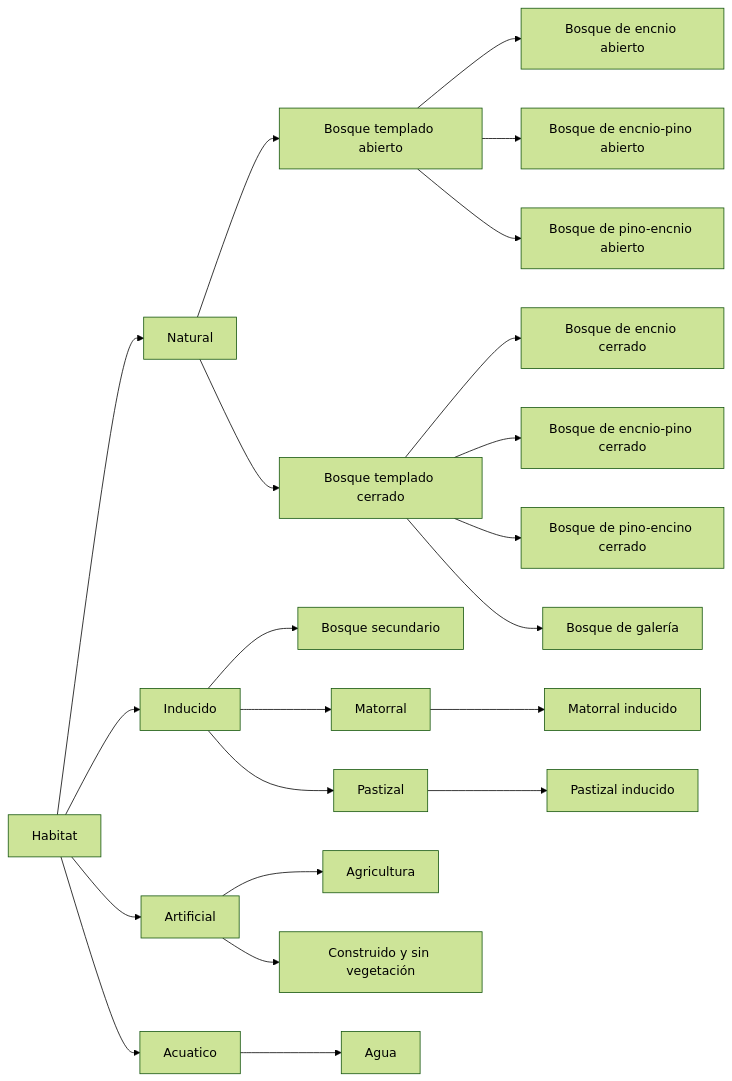
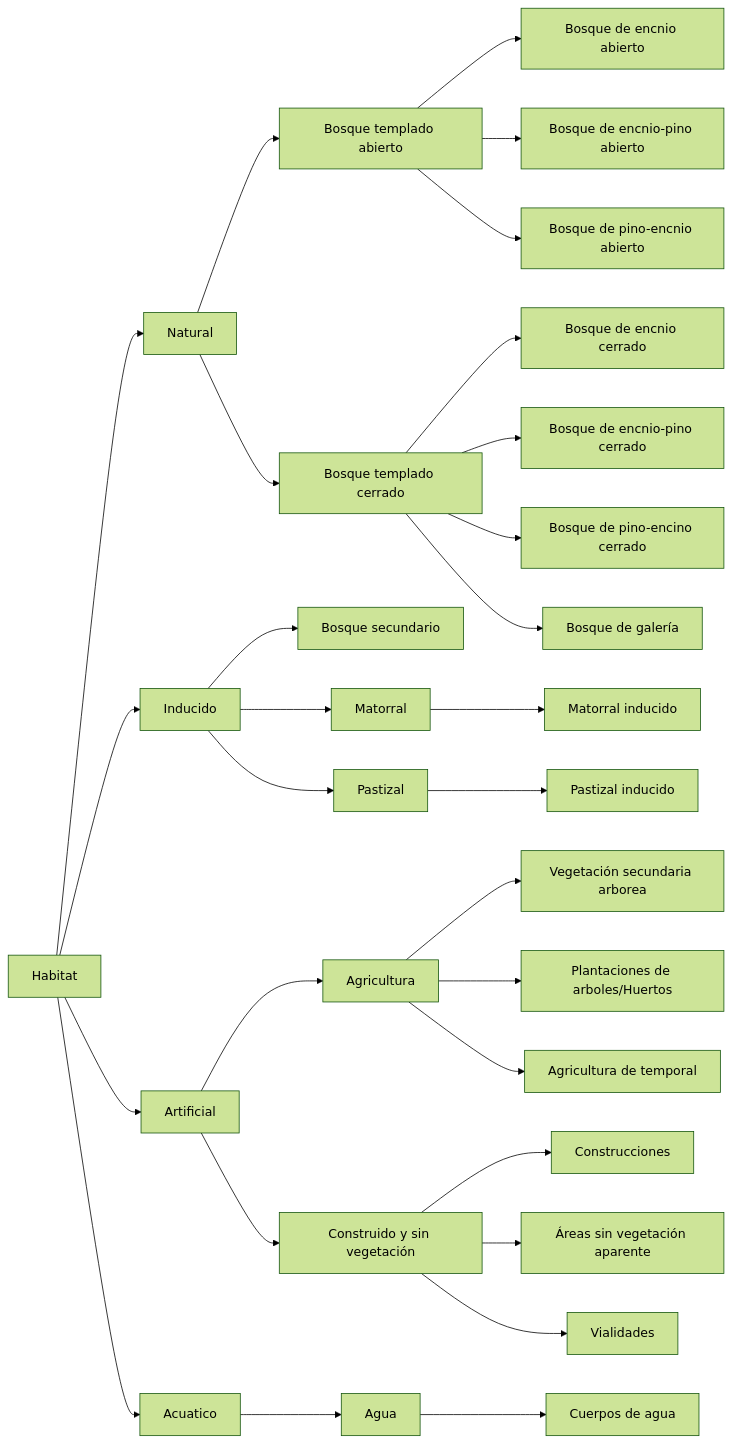
One commit to vshalisko/mixed_GIS_related_scripts changed the diagram in LULC/Tapalpa_land_use.mermaid. Above: the diagram before and after it, drawn with Mermaid (forest theme).

```diff
--- a/LULC/Tapalpa_land_use.mermaid
+++ b/LULC/Tapalpa_land_use.mermaid
@@ -1,22 +1,29 @@
 flowchart LR
   A1[Habitat]-->B1[Natural]
   A1-->B2[Inducido]
   A1-->B3[Artificial]
   A1-->B4[Acuatico]
   B1-->C7[Bosque templado abierto]
   B1-->C8[Bosque templado cerrado]
   B2-->C6[Bosque secundario]
   B2-->C2[Matorral]
   B2-->C1[Pastizal]
   B3-->C3[Agricultura]
   B3-->C4[Construido y sin vegetación]
   B4-->C5[Agua]
   C1-->D1[Pastizal inducido]
   C2-->D2[Matorral inducido]
-  C7-->D3[Bosque de encnio abierto]
-  C8-->D4[Bosque de encnio cerrado]
-  C7-->D5[Bosque de encnio-pino abierto]
-  C8-->D6[Bosque de encnio-pino cerrado]
-  C7-->D7[Bosque de pino-encnio abierto]
-  C8-->D8[Bosque de pino-encino cerrado]
-  C8-->D9[Bosque de galería]
+  C3-->D3[Vegetación secundaria arborea]
+  C3-->D4[Plantaciones de arboles/Huertos]
+  C3-->D5[Agricultura de temporal]
+  C4-->D6[Construcciones]
+  C4-->D7[Áreas sin vegetación aparente]
+  C4-->D8[Vialidades]
+  C7-->D9[Bosque de encnio abierto]
+  C8-->D10[Bosque de encnio cerrado]
+  C7-->D11[Bosque de encnio-pino abierto]
+  C8-->D12[Bosque de encnio-pino cerrado]
+  C7-->D13[Bosque de pino-encnio abierto]
+  C8-->D14[Bosque de pino-encino cerrado]
+  C8-->D15[Bosque de galería]
+  C5-->D16[Cuerpos de agua]
```
